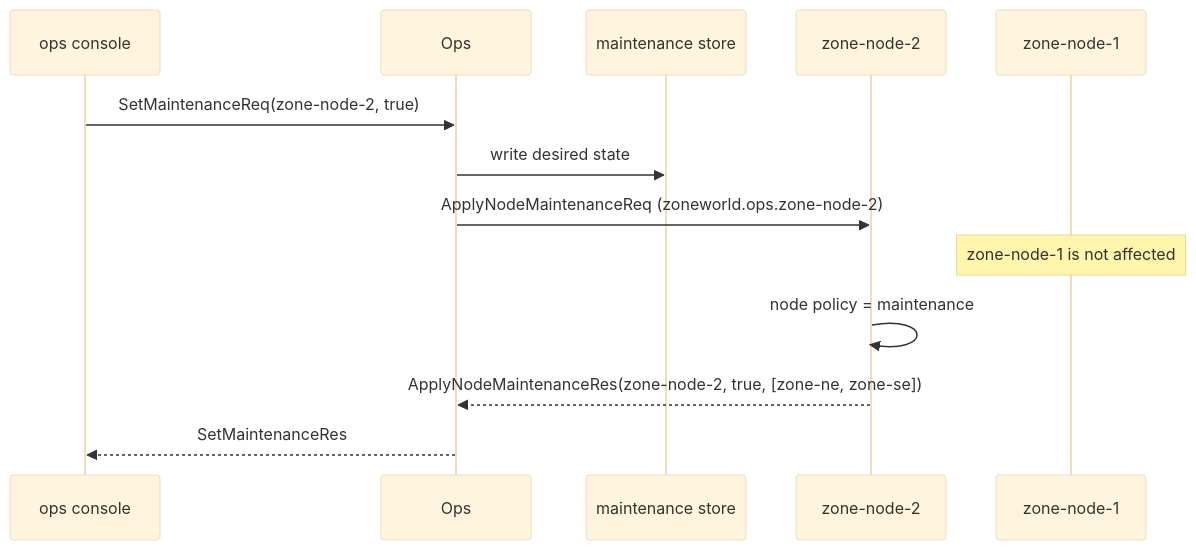
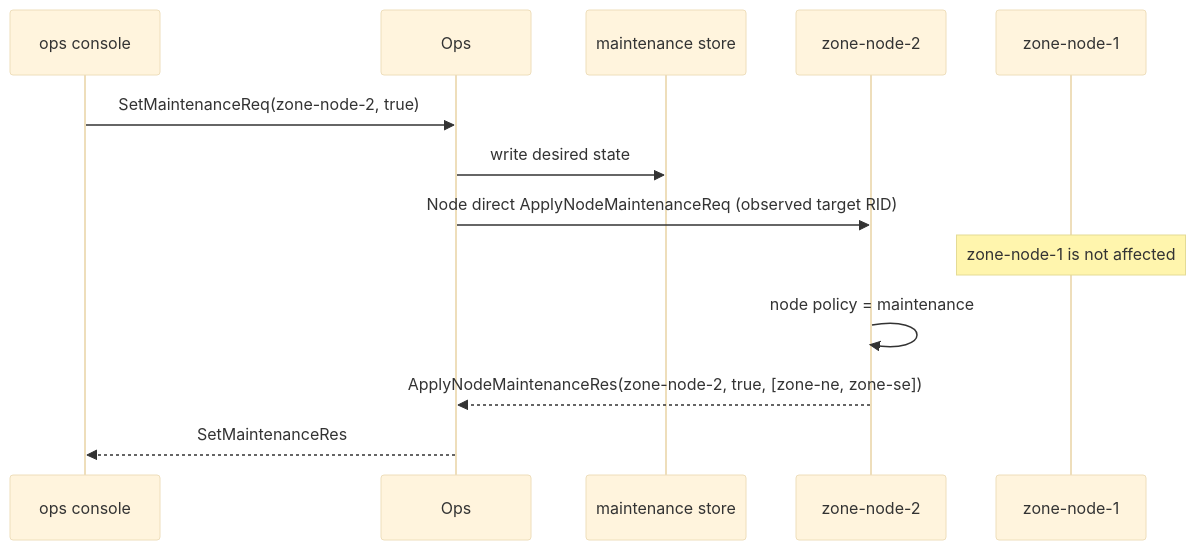
One commit to kairos-code-dev/zlink changed the third of 3 diagrams in framework/doc/framework/common/sample/zoneworld/README.ko.md. Above: the diagram before and after it, drawn with Mermaid (base theme). The commit also changed other lines of this file and 2385 other files, not shown here.

````diff
--- a/framework/doc/framework/common/sample/zoneworld/README.ko.md
+++ b/framework/doc/framework/common/sample/zoneworld/README.ko.md
@@ -763,16 +771,16 @@
 ```mermaid
 sequenceDiagram
     participant C as ops console
     participant O as Ops
     participant S as maintenance store
     participant N2 as zone-node-2
     participant N1 as zone-node-1
 
     C->>O: SetMaintenanceReq(zone-node-2, true)
     O->>S: write desired state
-    O->>N2: ApplyNodeMaintenanceReq (zoneworld.ops.zone-node-2)
+    O->>N2: Node direct ApplyNodeMaintenanceReq (observed target RID)
     Note over N1: zone-node-1 is not affected
     N2->>N2: node policy = maintenance
     N2-->>O: ApplyNodeMaintenanceRes(zone-node-2, true, [zone-ne, zone-se])
     O-->>C: SetMaintenanceRes
 ```
````
